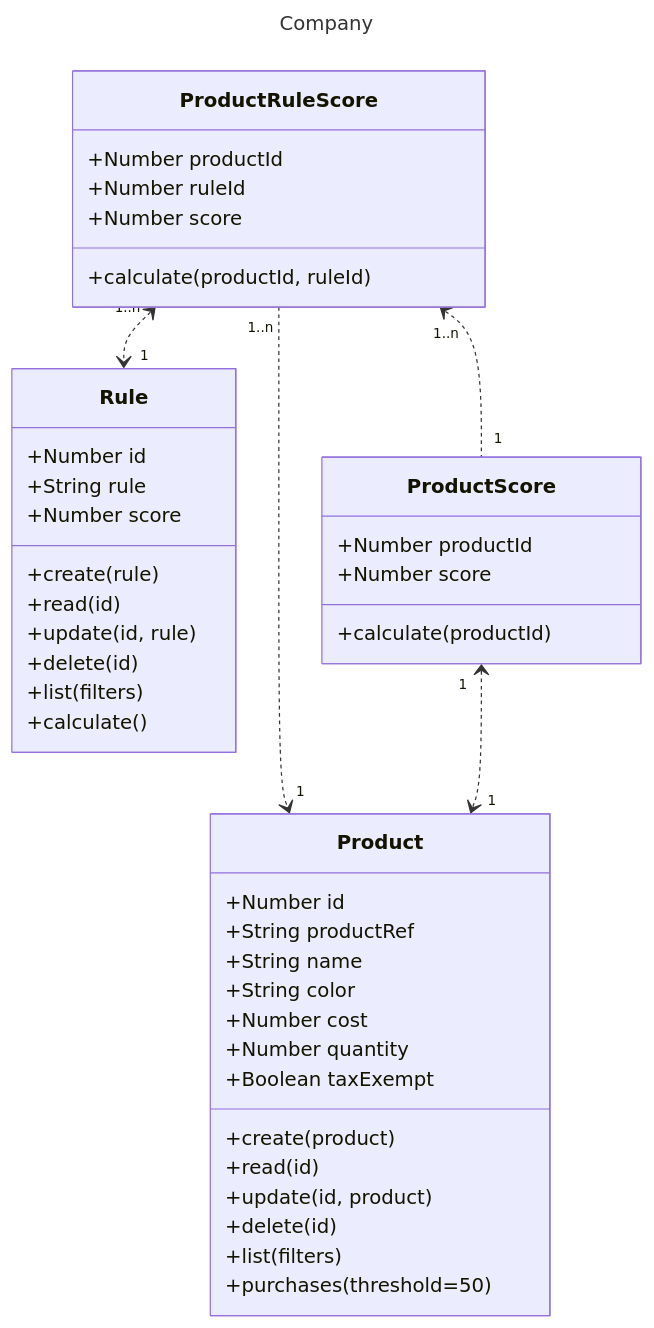
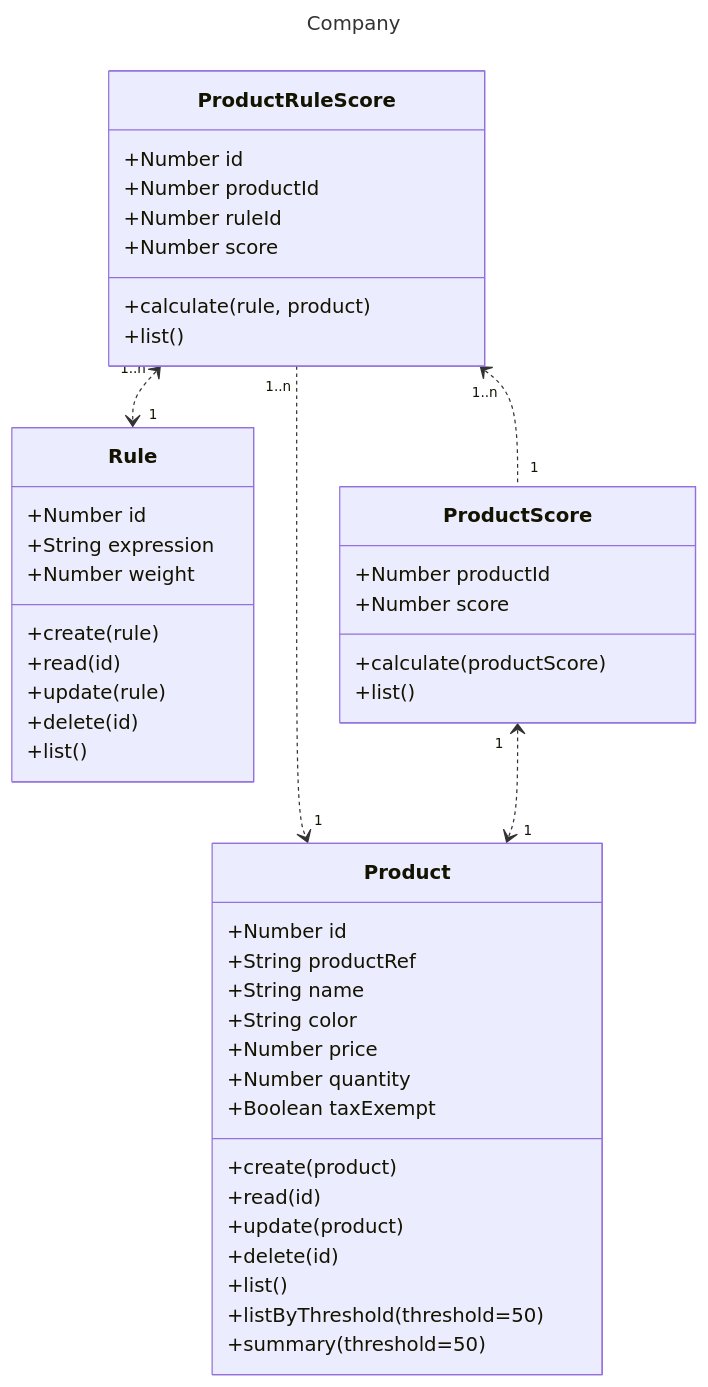
One commit to arthurvanduynhoven/salesman changed the first of 4 diagrams in README.md. Above: the diagram before and after it, drawn with Mermaid. The commit also changed other lines of this file and 8 other files, not shown here.

````diff
--- a/README.md
+++ b/README.md
@@ -47,48 +46,51 @@
 ```mermaid
 ---
 title: Company
 ---
 classDiagram
     class Product
         Product : +Number id
         Product : +String productRef
         Product : +String name
         Product : +String color
-        Product : +Number cost
+        Product : +Number price
         Product : +Number quantity
         Product : +Boolean taxExempt
         Product : +create(product)
         Product : +read(id)
-        Product : +update(id, product)
+        Product : +update(product)
         Product : +delete(id)
-        Product : +list(filters)
-        Product : +purchases(threshold=50)
+        Product : +list()
+        Product : +listByThreshold(threshold=50)
+        Product : +summary(threshold=50)
     
     class Rule
         Rule : +Number id
-        Rule : +String rule
-        Rule : +Number score
+        Rule : +String expression
+        Rule : +Number weight
         Rule : +create(rule)
         Rule : +read(id)
-        Rule : +update(id, rule)
+        Rule : +update(rule)
         Rule : +delete(id)
-        Rule : +list(filters)
-        Rule : +calculate()
+        Rule : +list()
 
     class ProductRuleScore
+        ProductRuleScore : +Number id
         ProductRuleScore : +Number productId
         ProductRuleScore : +Number ruleId
         ProductRuleScore : +Number score
-        ProductRuleScore : +calculate(productId, ruleId)
+        ProductRuleScore : +calculate(rule, product)
+        ProductRuleScore : +list()
 
     class ProductScore
         ProductScore : +Number productId
         ProductScore : +Number score
-        ProductScore : +calculate(productId)
+        ProductScore : +calculate(productScore)
+        ProductScore : +list()
 
     ProductRuleScore "1..n" <..> "1" Rule
     ProductRuleScore "1..n" ..> "1" Product
     ProductRuleScore "1..n" <.. "1" ProductScore
     ProductScore "1" <..> "1" Product
 
 ```
````
